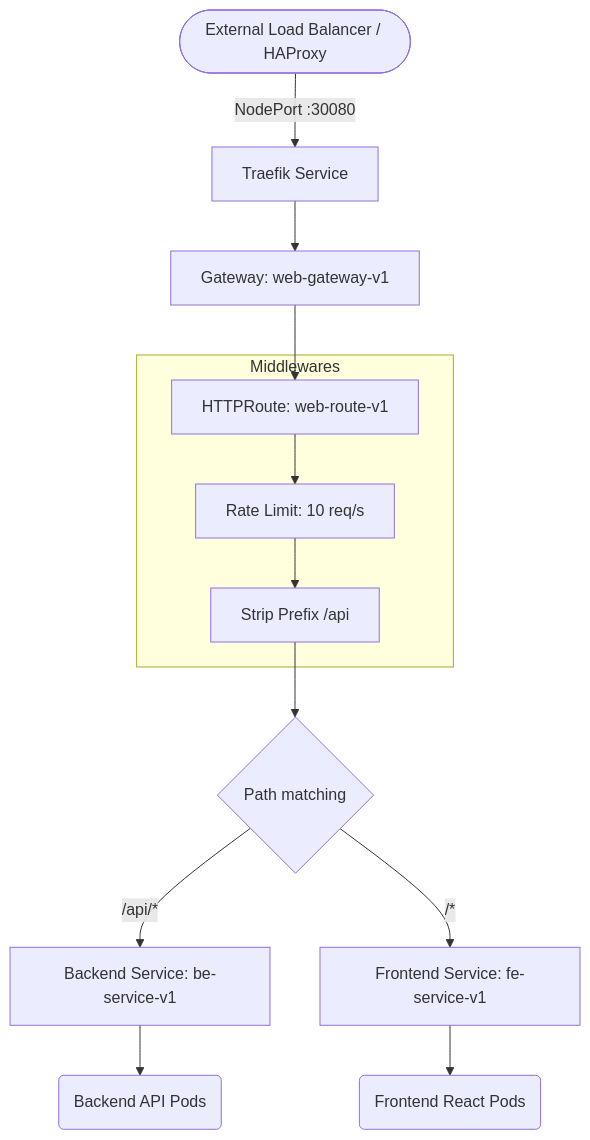
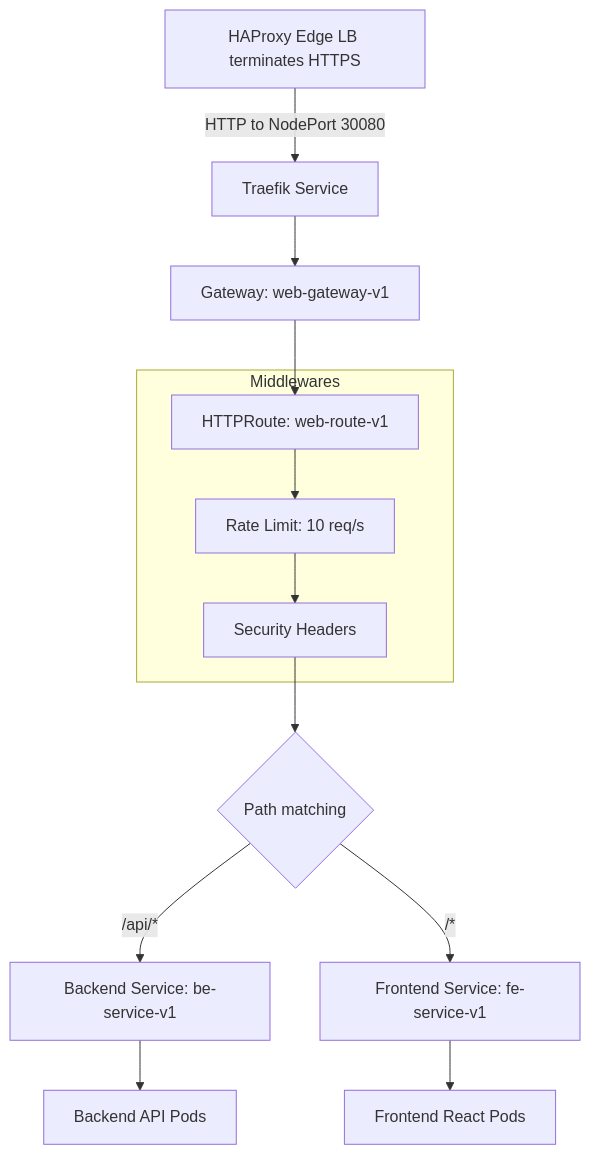
The diagram in k8s-traefik-lb-demo/k8s/README.md (kien-devops/cicd-ecr-kube-ec2-gitaction), drawn with Mermaid before and after one commit. The commit also changed other lines of this file and 5 other files, not shown here.

````diff
--- a/k8s-traefik-lb-demo/k8s/README.md
+++ b/k8s-traefik-lb-demo/k8s/README.md
@@ -12,23 +12,23 @@
 ```mermaid
 flowchart TD
-    Client([External Load Balancer / HAProxy])
-    
-    Client -->|NodePort :30080| TraefikSvc[Traefik Service]
-    
+    HAProxy[HAProxy Edge LB terminates HTTPS]
+
+    HAProxy -->|HTTP to NodePort 30080| TraefikSvc[Traefik Service]
+
     TraefikSvc --> Gateway[Gateway: web-gateway-v1]
-    
+
     Gateway --> Route[HTTPRoute: web-route-v1]
-    
+
     subgraph Middlewares
         Route --> RateLimit[Rate Limit: 10 req/s]
-        RateLimit --> Prefix[Strip Prefix /api]
+        RateLimit --> SecHeaders[Security Headers]
     end
-    
-    Prefix --> Condition{Path matching}
-    
+
+    SecHeaders --> Condition{Path matching}
+
     Condition -->|/api/*| BE[Backend Service: be-service-v1]
     Condition -->|/*| FE[Frontend Service: fe-service-v1]
-    
-    BE --> BEPods(Backend API Pods)
-    FE --> FEPods(Frontend React Pods)
+
+    BE --> BEPods[Backend API Pods]
+    FE --> FEPods[Frontend React Pods]
 ```
````
